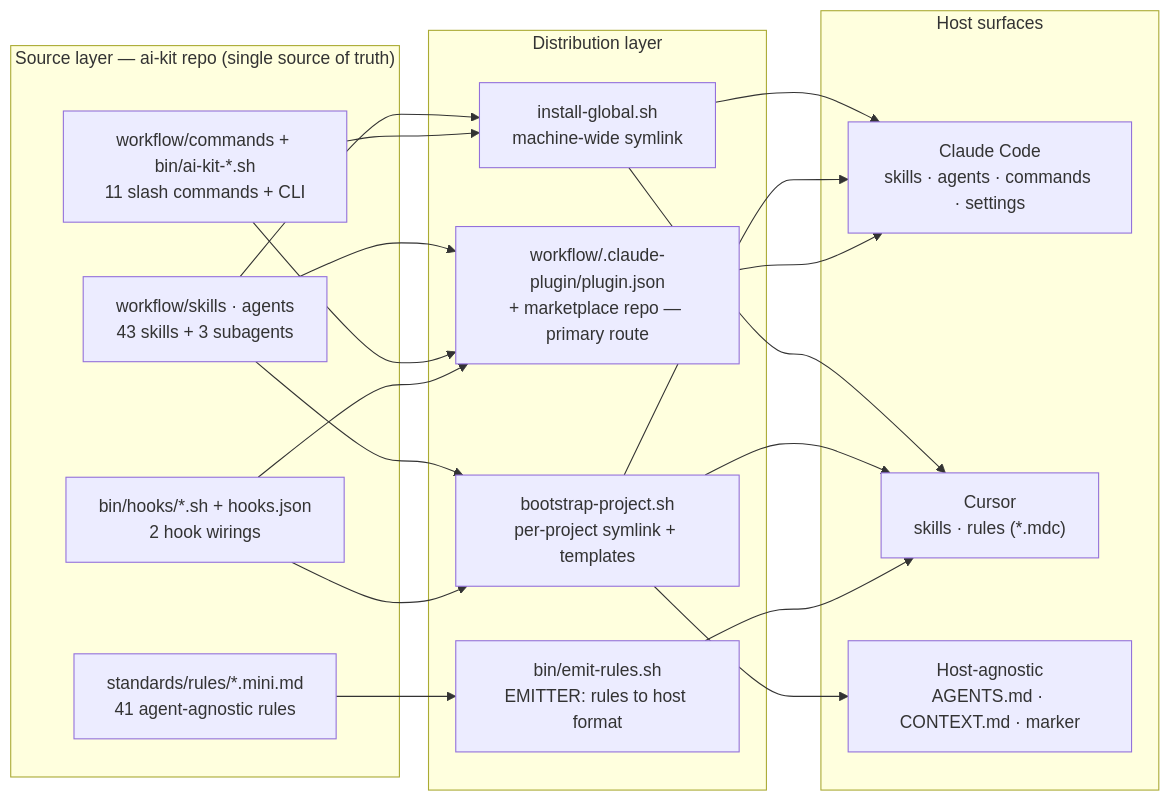
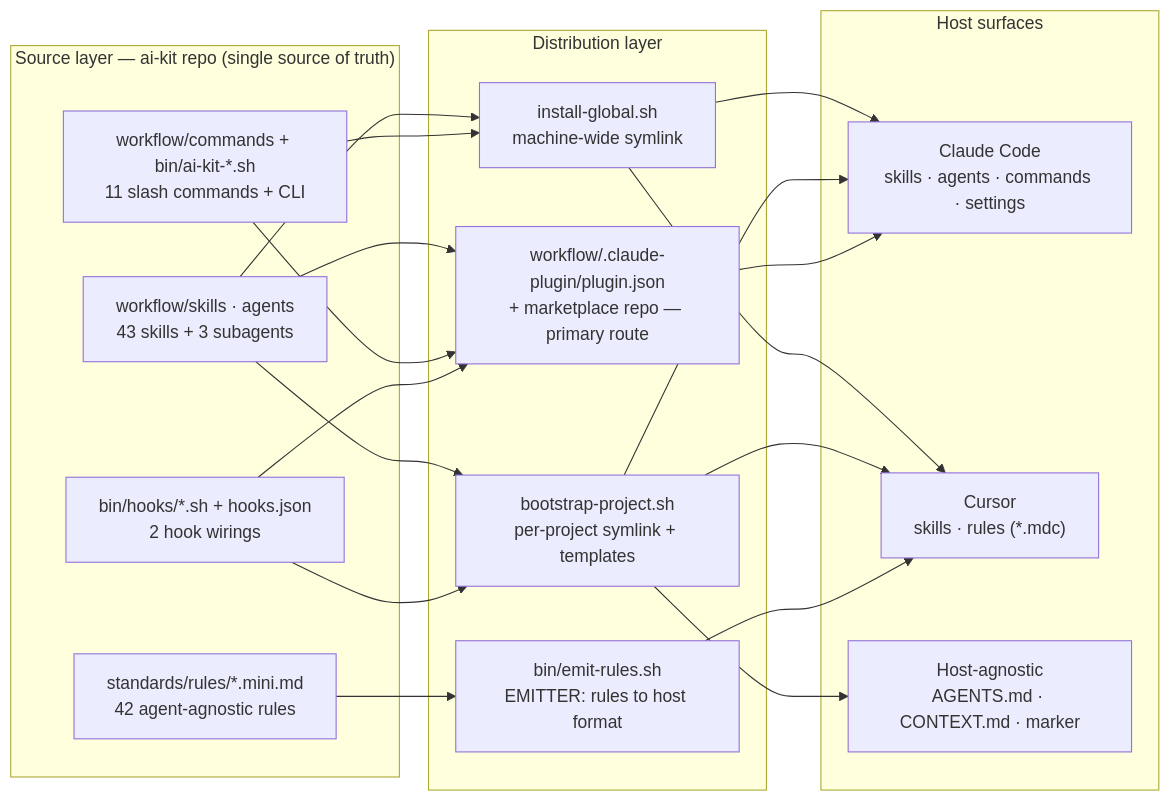
Before and after one commit to yusufkaracaburun/ai-kit: the first of 2 diagrams in docs/diagrams.md, drawn with Mermaid. The commit also changed 6 other files, not shown here.

````diff
--- a/docs/diagrams.md
+++ b/docs/diagrams.md
@@ -10,32 +10,32 @@
 ```mermaid
 flowchart LR
   subgraph SRC["Source layer — ai-kit repo (single source of truth)"]
     SA["workflow/skills · agents<br/>43 skills + 3 subagents"]
     CB["workflow/commands + bin/ai-kit-*.sh<br/>11 slash commands + CLI"]
     H["bin/hooks/*.sh + hooks.json<br/>2 hook wirings"]
-    R["standards/rules/*.mini.md<br/>41 agent-agnostic rules"]
+    R["standards/rules/*.mini.md<br/>42 agent-agnostic rules"]
   end
 
   subgraph DIST["Distribution layer"]
     IG["install-global.sh<br/>machine-wide symlink"]
     PL["workflow/.claude-plugin/plugin.json<br/>+ marketplace repo — primary route"]
     BP["bootstrap-project.sh<br/>per-project symlink + templates"]
     ER["bin/emit-rules.sh<br/>EMITTER: rules to host format"]
   end
 
   subgraph HOSTS["Host surfaces"]
     CC["Claude Code<br/>skills · agents · commands · settings"]
     CU["Cursor<br/>skills · rules (*.mdc)"]
     HA["Host-agnostic<br/>AGENTS.md · CONTEXT.md · marker"]
   end
 
   SA --> IG & BP & PL
   CB --> IG & PL
   H --> PL & BP
   R --> ER
 
   IG --> CC & CU
   BP --> CC & CU & HA
   PL --> CC
   ER --> CU
 ```
````
